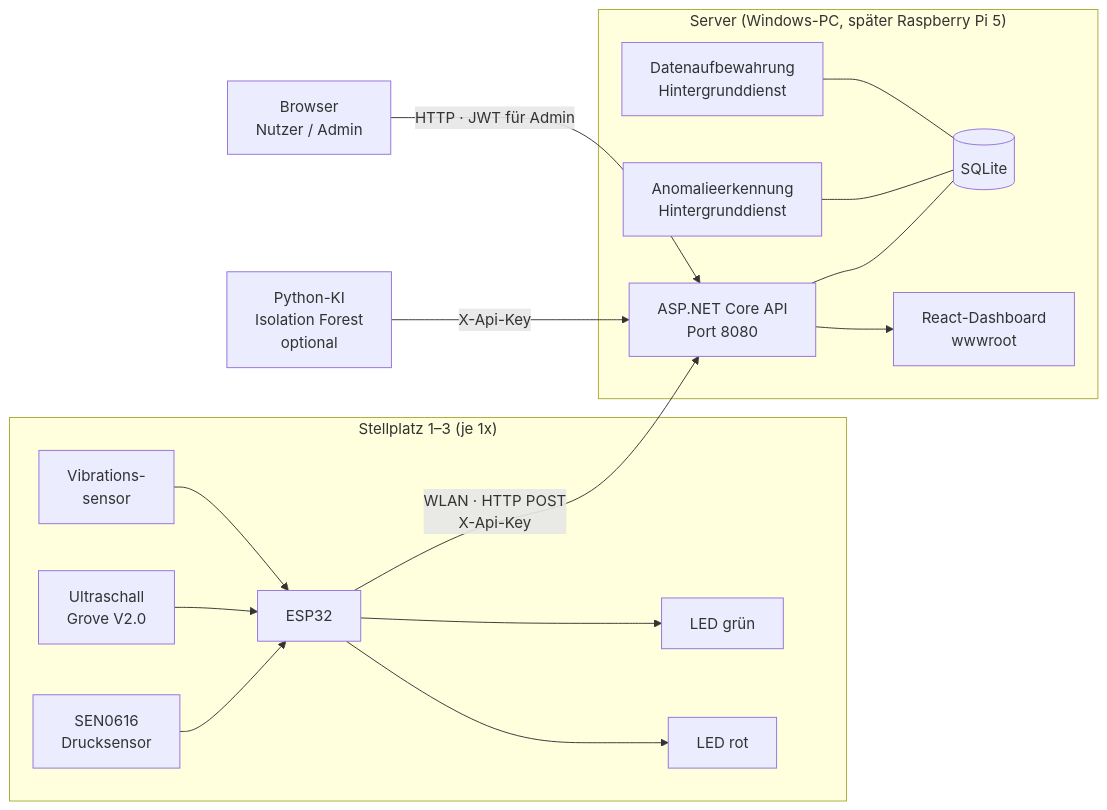
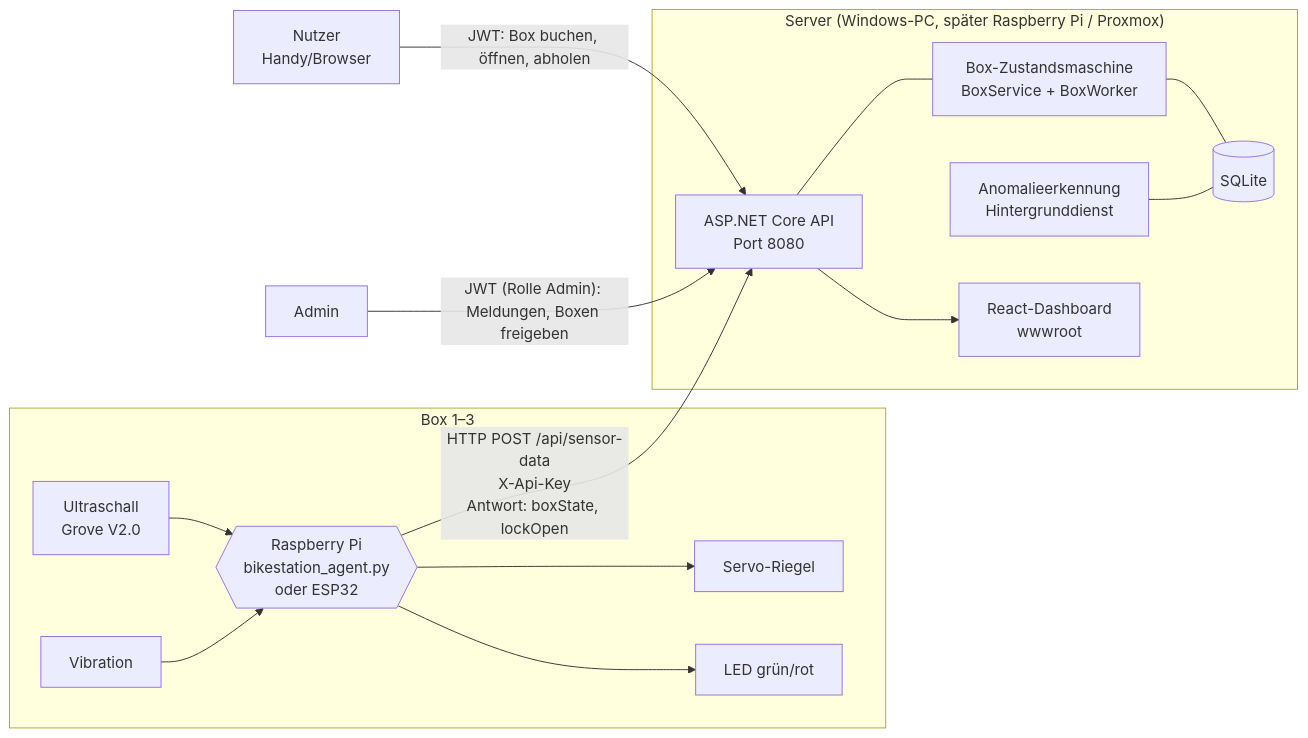
One commit to LaurenzBonke/Bikestation changed the first of 5 diagrams in docs/ARCHITEKTUR.md. Above: the diagram before and after it, drawn with Mermaid. The commit also changed other lines of this file, not shown here.

Commit message:
Doku: Box-Konzept, Zustands- und ER-Diagramm, Abläufe, neue Endpunkte

````diff
--- a/docs/ARCHITEKTUR.md
+++ b/docs/ARCHITEKTUR.md
@@ -7,27 +18,25 @@
 ```mermaid
 flowchart LR
-    subgraph Stellplatz["Stellplatz 1–3 (je 1x)"]
-        P[SEN0616<br/>Drucksensor] --> E[ESP32]
-        U[Ultraschall<br/>Grove V2.0] --> E
-        V[Vibrations-<br/>sensor] --> E
-        E --> G[LED grün]
-        E --> R[LED rot]
+    subgraph Box["Box 1–3"]
+        U[Ultraschall<br/>Grove V2.0] --> D
+        V[Vibration] --> D
+        D{{Raspberry Pi<br/>bikestation_agent.py<br/>oder ESP32}} --> S[Servo-Riegel]
+        D --> L[LED grün/rot]
     end
 
-    E -- "WLAN · HTTP POST<br/>X-Api-Key" --> API
+    D -- "HTTP POST /api/sensor-data<br/>X-Api-Key<br/>Antwort: boxState, lockOpen" --> API
 
-    subgraph Server["Server (Windows-PC, später Raspberry Pi 5)"]
+    subgraph Server["Server (Windows-PC, später Raspberry Pi / Proxmox)"]
         API[ASP.NET Core API<br/>Port 8080]
-        W1[Anomalieerkennung<br/>Hintergrunddienst]
-        W2[Datenaufbewahrung<br/>Hintergrunddienst]
+        SM[Box-Zustandsmaschine<br/>BoxService + BoxWorker]
+        AN[Anomalieerkennung<br/>Hintergrunddienst]
         DB[(SQLite)]
         UI[React-Dashboard<br/>wwwroot]
-        API --- DB
-        W1 --- DB
-        W2 --- DB
+        API --- SM --- DB
+        AN --- DB
         API --> UI
     end
 
-    AI[Python-KI<br/>Isolation Forest<br/>optional] -- "X-Api-Key" --> API
-    B[Browser<br/>Nutzer / Admin] -- "HTTP · JWT für Admin" --> API
+    N[Nutzer<br/>Handy/Browser] -- "JWT: Box buchen, öffnen, abholen" --> API
+    A[Admin] -- "JWT (Rolle Admin): Meldungen, Boxen freigeben" --> API
 ```
````
